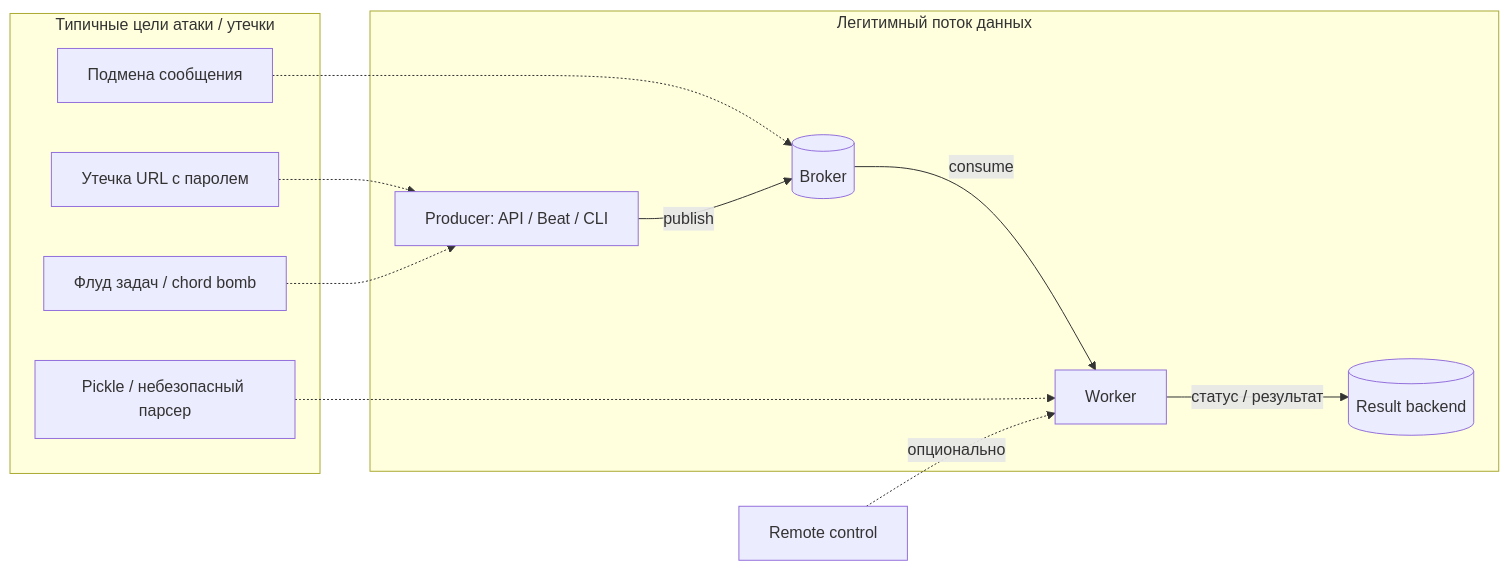
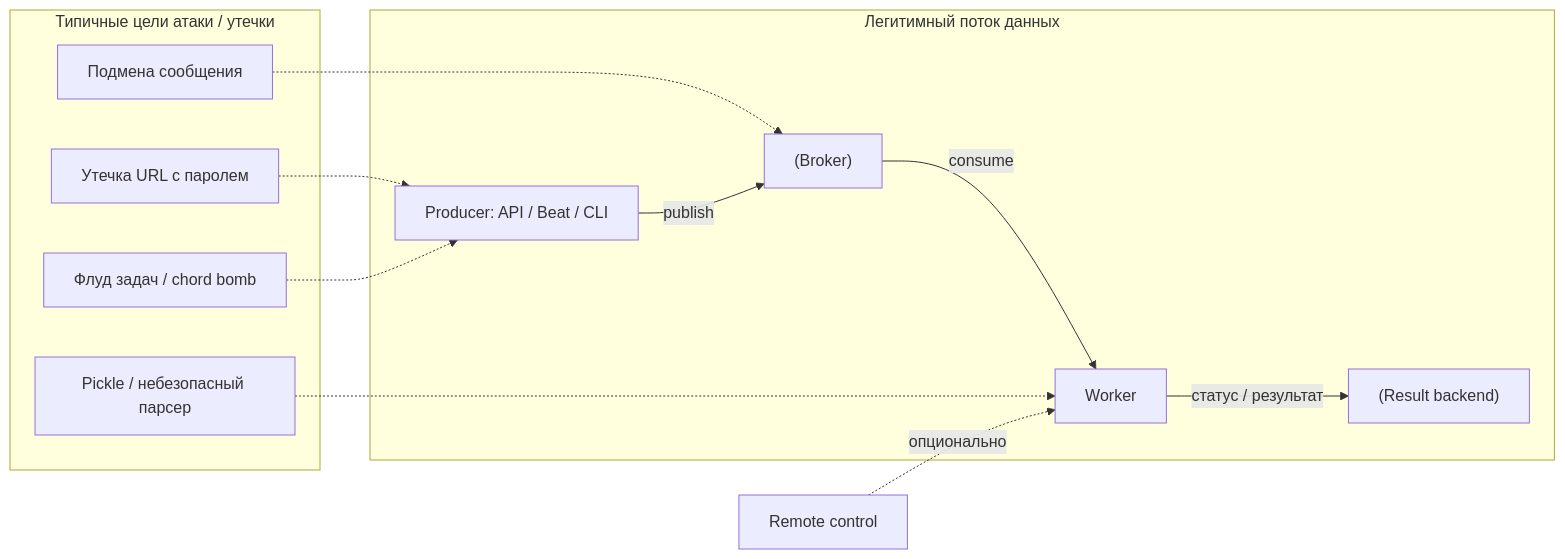
The diagram in directions/services/celery/pact/17_bezopasnost_celery/02_17_chto_zhelatelno_znat_zaranee.md (DDoSKudya/ai-study-atlas), drawn with Mermaid before and after one commit. The commit also changed 322 other files, not shown here.

Commit message:
fix(docs): make mermaid diagrams GitHub-compatible across directions content

````diff
--- a/directions/services/celery/pact/17_bezopasnost_celery/02_17_chto_zhelatelno_znat_zaranee.md
+++ b/directions/services/celery/pact/17_bezopasnost_celery/02_17_chto_zhelatelno_znat_zaranee.md
@@ -18,23 +18,23 @@
 ```mermaid
 flowchart LR
   subgraph flow["Легитимный поток данных"]
-    API[Producer: API / Beat / CLI]
-    BR[(Broker)]
-    W[Worker]
-    RB[(Result backend)]
+    API["Producer: API / Beat / CLI"]
+    BR["(Broker)"]
+    W["Worker"]
+    RB["(Result backend)"]
   end
   API -->|publish| BR
   BR -->|consume| W
   W -->|статус / результат| RB
-  RC[Remote control] -.->|опционально| W
+  RC["Remote control"] -.->|опционально| W
   subgraph atk["Типичные цели атаки / утечки"]
-    A1[Подмена сообщения]
-    A2[Утечка URL с паролем]
-    A3[Флуд задач / chord bomb]
-    A4[Pickle / небезопасный парсер]
+    A1["Подмена сообщения"]
+    A2["Утечка URL с паролем"]
+    A3["Флуд задач / chord bomb"]
+    A4["Pickle / небезопасный парсер"]
   end
   A1 -.-> BR
   A2 -.-> API
   A3 -.-> API
   A4 -.-> W
 ```
````
